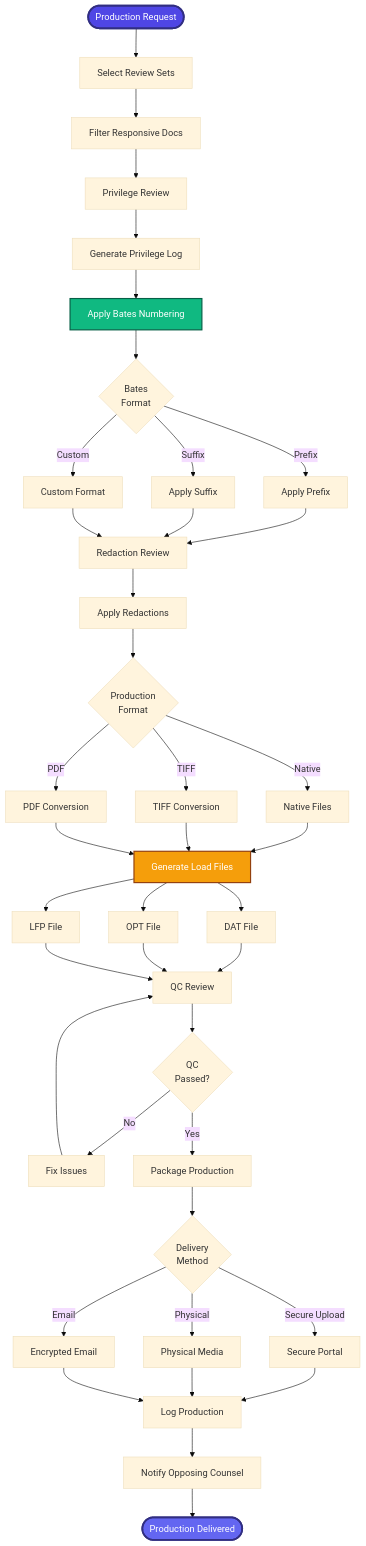
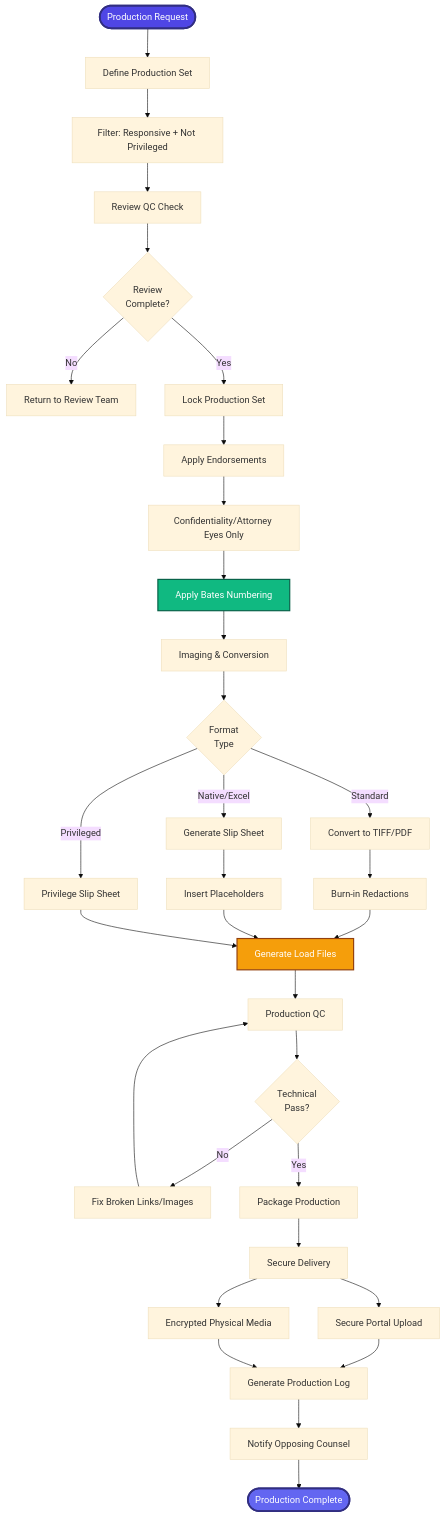
One commit to harborgrid-justin/lexiflow-premium changed the diagram in business-flows/03-PRIMARY-discovery-evidence-management/03-SECONDARY-production-management/SECONDARY-FLOW.md. Above: the diagram before and after it, drawn with Mermaid (base theme). The commit also changed other lines of this file and 115 other files, not shown here.

````diff
--- a/business-flows/03-PRIMARY-discovery-evidence-management/03-SECONDARY-production-management/SECONDARY-FLOW.md
+++ b/business-flows/03-PRIMARY-discovery-evidence-management/03-SECONDARY-production-management/SECONDARY-FLOW.md
@@ -10,59 +10,50 @@
 ```mermaid
 graph TB
-    Start([Production Request]) --> ReviewSets[Select Review Sets]
-    ReviewSets --> ResponsiveDocs[Filter Responsive Docs]
-    ResponsiveDocs --> PrivilegeReview[Privilege Review]
+    Start([Production Request]) --> DefineSet[Define Production Set]
+    DefineSet --> FilterCriteria[Filter: Responsive + Not Privileged]
+    FilterCriteria --> ReviewQC[Review QC Check]
     
-    PrivilegeReview --> PrivilegeLog[Generate Privilege Log]
-    PrivilegeLog --> BatesNumbering[Apply Bates Numbering]
-    BatesNumbering --> BatesFormat{Bates<br/>Format}
+    ReviewQC --> QCCheck{Review<br/>Complete?}
+    QCCheck -->|No| ReturnToReview[Return to Review Team]
+    QCCheck -->|Yes| LockSet[Lock Production Set]
     
-    BatesFormat -->|Prefix| ApplyPrefix[Apply Prefix]
-    BatesFormat -->|Suffix| ApplySuffix[Apply Suffix]
-    BatesFormat -->|Custom| CustomFormat[Custom Format]
+    LockSet --> Endorsements[Apply Endorsements]
+    Endorsements --> Stamps[Confidentiality/Attorney Eyes Only]
     
-    ApplyPrefix --> RedactionReview[Redaction Review]
-    ApplySuffix --> RedactionReview
-    CustomFormat --> RedactionReview
+    Stamps --> BatesNumbering[Apply Bates Numbering]
+    BatesNumbering --> Imaging[Imaging & Conversion]
     
-    RedactionReview --> ApplyRedactions[Apply Redactions]
-    ApplyRedactions --> ProductionFormat{Production<br/>Format}
+    Imaging --> FormatCheck{Format<br/>Type}
+    FormatCheck -->|Standard| ConvertToImage[Convert to TIFF/PDF]
+    FormatCheck -->|Native/Excel| SlipSheet[Generate Slip Sheet]
+    FormatCheck -->|Privileged| PrivSlipSheet[Privilege Slip Sheet]
     
-    ProductionFormat -->|Native| NativeFiles[Native Files]
-    ProductionFormat -->|TIFF| TIFFConversion[TIFF Conversion]
-    ProductionFormat -->|PDF| PDFConversion[PDF Conversion]
+    ConvertToImage --> BurnRedactions[Burn-in Redactions]
+    SlipSheet --> Placeholders[Insert Placeholders]
     
-    NativeFiles --> LoadFiles[Generate Load Files]
-    TIFFConversion --> LoadFiles
-    PDFConversion --> LoadFiles
+    BurnRedactions --> LoadFiles[Generate Load Files]
+    Placeholders --> LoadFiles
+    PrivSlipSheet --> LoadFiles
     
-    LoadFiles --> DATFile[DAT File]
-    LoadFiles --> OPTFile[OPT File]
-    LoadFiles --> LFPFile[LFP File]
+    LoadFiles --> TechQC[Production QC]
+    TechQC --> TechCheck{Technical<br/>Pass?}
     
-    DATFile --> QualityControl[QC Review]
-    OPTFile --> QualityControl
-    LFPFile --> QualityControl
+    TechCheck -->|No| FixTech[Fix Broken Links/Images]
+    FixTech --> TechQC
+    TechCheck -->|Yes| Package[Package Production]
     
-    QualityControl --> QCPassed{QC<br/>Passed?}
-    QCPassed -->|No| FixIssues[Fix Issues]
-    QCPassed -->|Yes| PackageProduction[Package Production]
-    FixIssues --> QualityControl
+    Package --> Delivery[Secure Delivery]
+    Delivery --> SecurePortal[Secure Portal Upload]
+    Delivery --> PhysicalMedia[Encrypted Physical Media]
     
-    PackageProduction --> DeliveryMethod{Delivery<br/>Method}
-    DeliveryMethod -->|Secure Upload| SecurePortal[Secure Portal]
-    DeliveryMethod -->|Physical| PhysicalMedia[Physical Media]
-    DeliveryMethod -->|Email| EncryptedEmail[Encrypted Email]
+    SecurePortal --> AuditLog[Generate Production Log]
+    PhysicalMedia --> AuditLog
     
-    SecurePortal --> ProductionLog[Log Production]
-    PhysicalMedia --> ProductionLog
-    EncryptedEmail --> ProductionLog
-    
-    ProductionLog --> NotifyOpposing[Notify Opposing Counsel]
-    NotifyOpposing --> End([Production Delivered])
-    
+    AuditLog --> Notify[Notify Opposing Counsel]
+    Notify --> End([Production Complete])
+
     style Start fill:#4f46e5,stroke:#312e81,stroke-width:3px,color:#fff
     style BatesNumbering fill:#10b981,stroke:#065f46,stroke-width:2px,color:#fff
     style LoadFiles fill:#f59e0b,stroke:#92400e,stroke-width:2px,color:#fff
     style End fill:#6366f1,stroke:#312e81,stroke-width:3px,color:#fff
 ```
````
